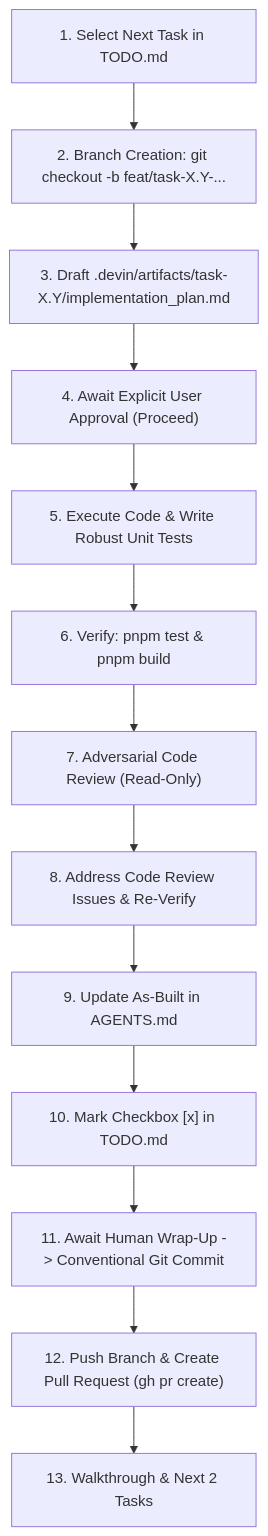
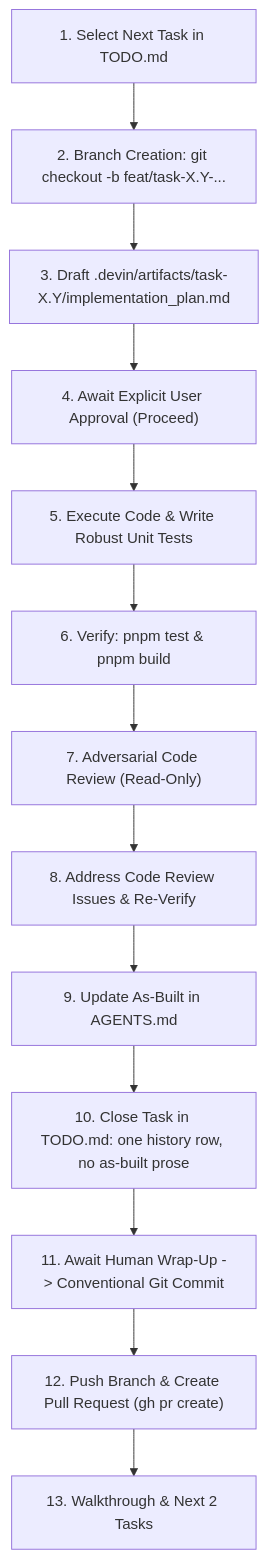
One commit to carlosjosemm/pronto-insumos changed the diagram in .agents/skills/production-readiness-workflow/SKILL.md. Above: the diagram before and after it, drawn with Mermaid. The commit also changed other lines of this file and 2 other files, not shown here.

First line of the commit message:
docs(skills): keep as-built detail out of the roadmap file

````diff
--- a/.agents/skills/production-readiness-workflow/SKILL.md
+++ b/.agents/skills/production-readiness-workflow/SKILL.md
@@ -23,15 +23,15 @@
 ```mermaid
 flowchart TD
     A["1. Select Next Task in TODO.md"] --> B["2. Branch Creation: git checkout -b feat/task-X.Y-..."]
     B --> C["3. Draft .devin/artifacts/task-X.Y/implementation_plan.md"]
     C --> D["4. Await Explicit User Approval (Proceed)"]
     D --> E["5. Execute Code & Write Robust Unit Tests"]
     E --> F["6. Verify: pnpm test & pnpm build"]
     F --> G["7. Adversarial Code Review (Read-Only)"]
     G --> H["8. Address Code Review Issues & Re-Verify"]
     H --> I["9. Update As-Built in AGENTS.md"]
-    I --> J["10. Mark Checkbox [x] in TODO.md"]
+    I --> J["10. Close Task in TODO.md: one history row, no as-built prose"]
     J --> K["11. Await Human Wrap-Up -> Conventional Git Commit"]
     K --> L["12. Push Branch & Create Pull Request (gh pr create)"]
     L --> M["13. Walkthrough & Next 2 Tasks"]
 ```
````
